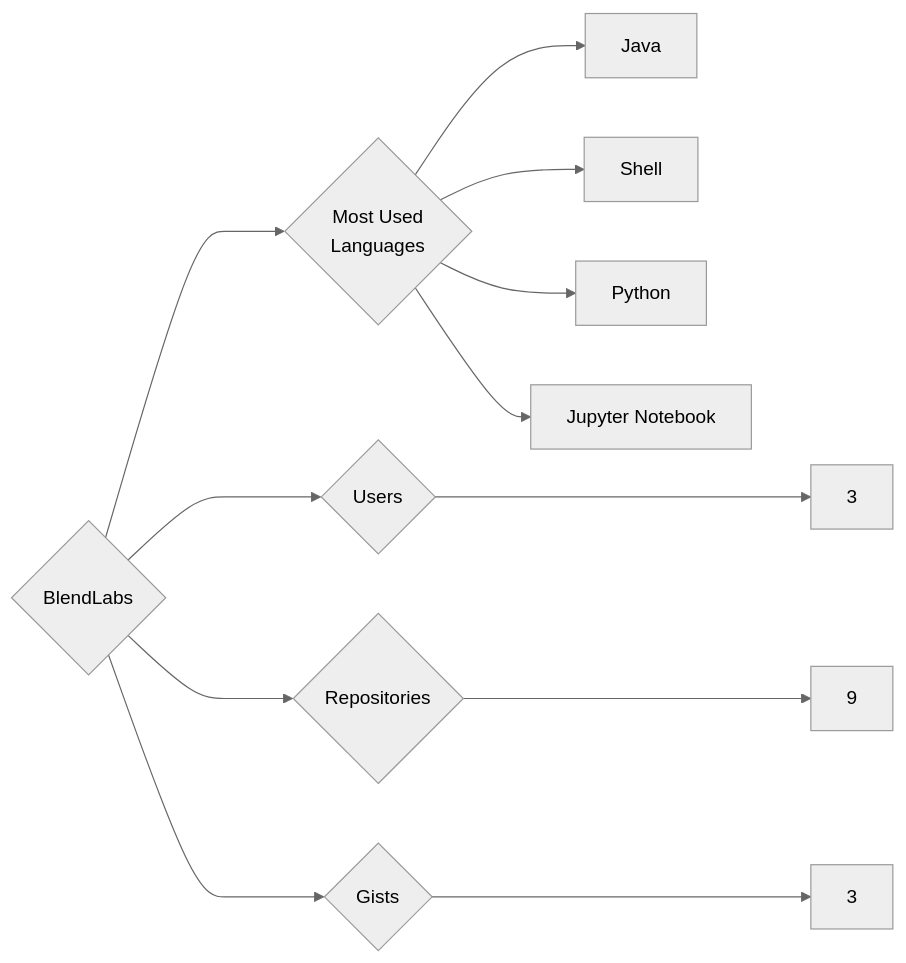
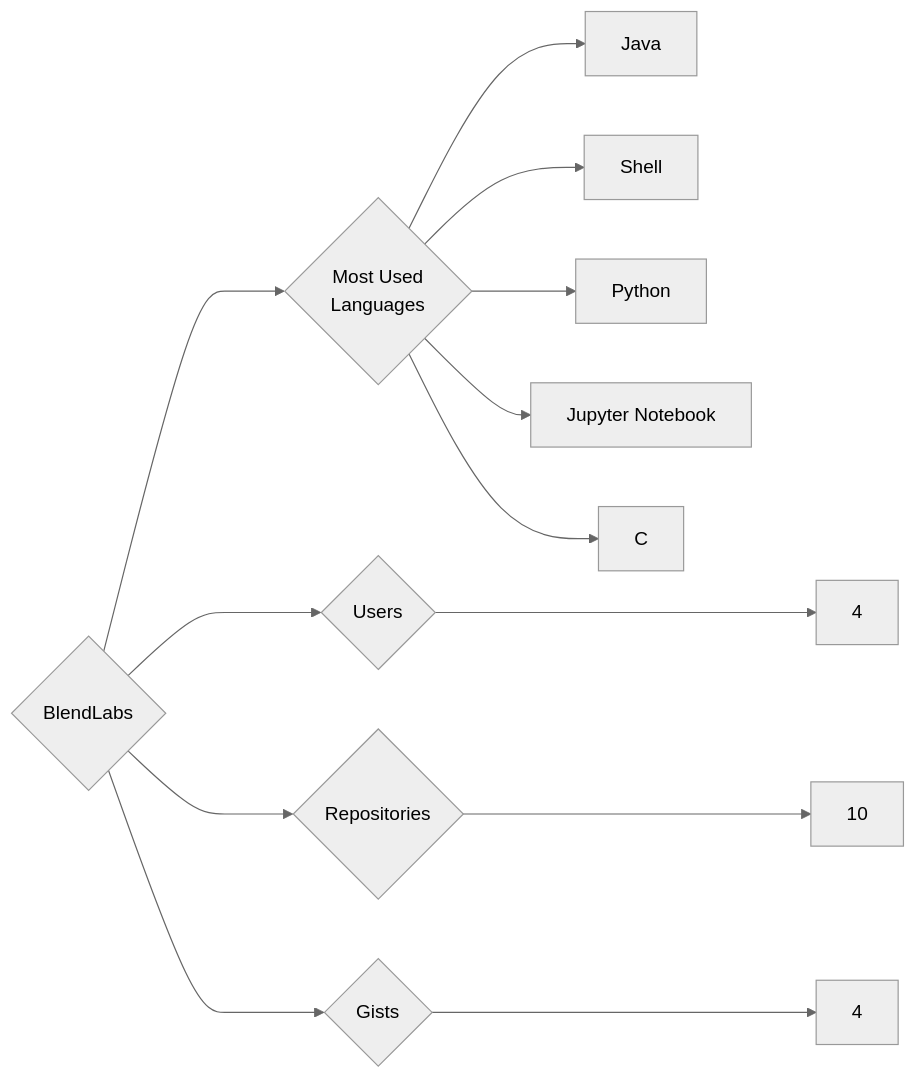
Before and after one commit to trickest/insiders: the diagram in targets/BlendLabs/README.md, drawn with Mermaid (neutral theme). The commit also changed 997 other files, not shown here.

````diff
--- a/targets/BlendLabs/README.md
+++ b/targets/BlendLabs/README.md
@@ -3,12 +3,13 @@
 ```mermaid
 graph LR
 COMPANY_NAME{BlendLabs}
-COMPANY_NAME ---> U{Users} ---> UN[3]
-COMPANY_NAME ---> R{Repositories} ---> RN[9]
-COMPANY_NAME ---> G{Gists} ---> GN[3]
+COMPANY_NAME ---> U{Users} ---> UN[4]
+COMPANY_NAME ---> R{Repositories} ---> RN[10]
+COMPANY_NAME ---> G{Gists} ---> GN[4]
 COMPANY_NAME ---> ML{Most Used<br>Languages}
 ML --> Java[Java]
 ML --> Shell[Shell]
 ML --> Python[Python]
 ML --> Jupyter_Notebook[Jupyter Notebook]
+ML --> C[C]
 ```
````
